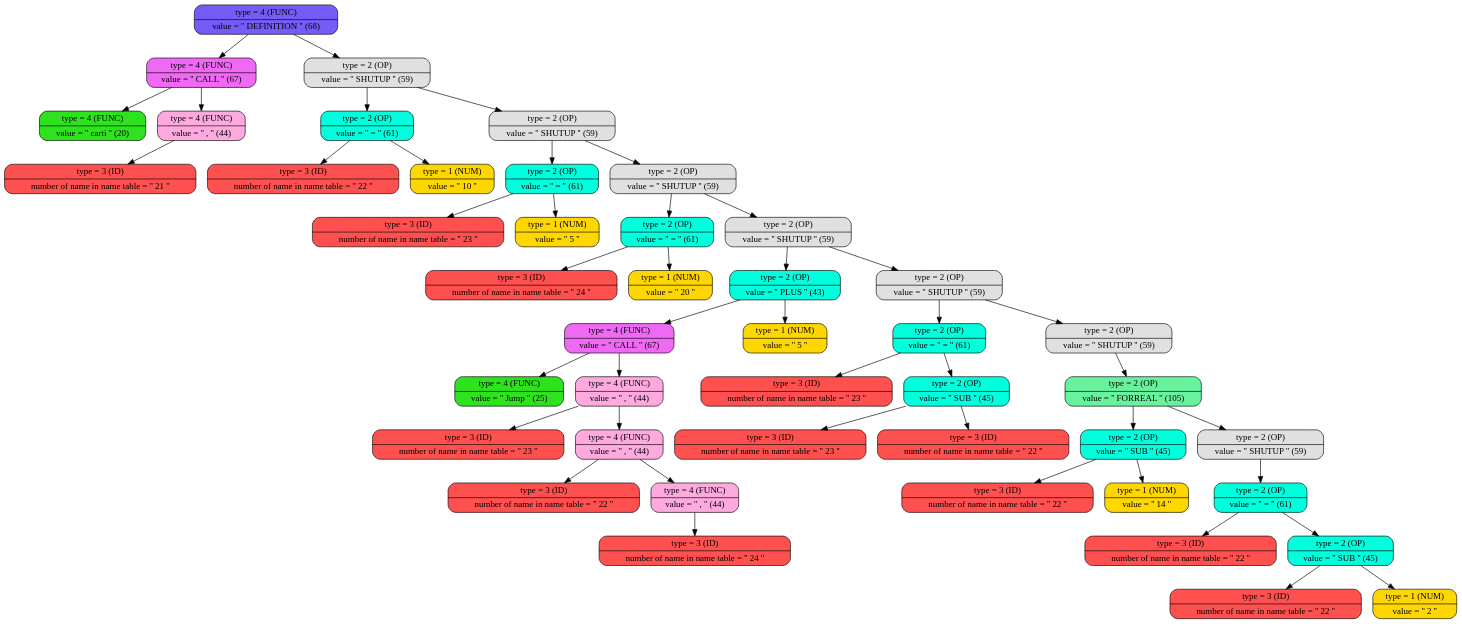
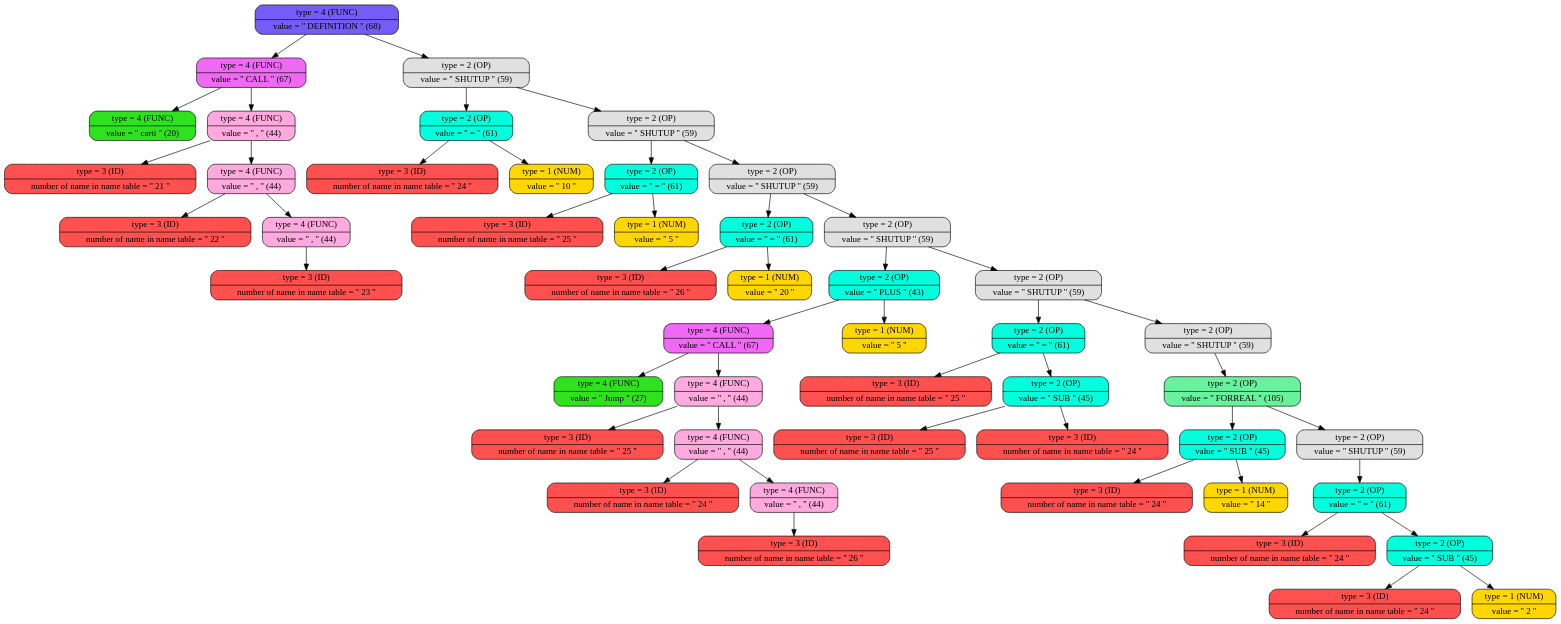
The diagram in build/graph_tree.dot (daniilgriga/MyProgrammingLanguage), drawn with Graphviz before and after one commit. The commit also changed 23 other files, not shown here.

```diff
--- a/build/graph_tree.dot
+++ b/build/graph_tree.dot
@@ -1,94 +1,102 @@
 digraph
 {
 bgcolor="transparent"
-node0x503000000880 [shape=Mrecord; label = " { type = 4 (FUNC) | value = '' DEFINITION ''  (68) }"; style = filled; fillcolor = "#755CF7"];
-node0x503000000880 -> node0x5030000000d0;
-node0x503000000880 -> node0x503000000190;
-node0x5030000000d0 [shape=Mrecord; label = " { type = 4 (FUNC) | value = '' CALL ''  (67) }"; style = filled; fillcolor = "#F069F5"];
-node0x5030000000d0 -> node0x503000000040;
-node0x5030000000d0 -> node0x5030000000a0;
+node0x503000000940 [shape=Mrecord; label = " { type = 4 (FUNC) | value = '' DEFINITION ''  (68) }"; style = filled; fillcolor = "#755CF7"];
+node0x503000000940 -> node0x503000000190;
+node0x503000000940 -> node0x503000000250;
+node0x503000000190 [shape=Mrecord; label = " { type = 4 (FUNC) | value = '' CALL ''  (67) }"; style = filled; fillcolor = "#F069F5"];
+node0x503000000190 -> node0x503000000040;
+node0x503000000190 -> node0x5030000000a0;
 node0x503000000040 [shape=Mrecord; label = " { type = 4 (FUNC) | value = '' carti ''  (20) }"; style = filled; fillcolor = "#2EE31E"];
 node0x5030000000a0 [shape=Mrecord; label = " { type = 4 (FUNC) | value = '' , ''  (44) }"; style = filled; fillcolor = "#FEAADF"];
 node0x5030000000a0 -> node0x503000000070;
+node0x5030000000a0 -> node0x503000000100;
 node0x503000000070 [shape=Mrecord; label = " { type = 3 (ID)   | number of name in name table = '' 21 '' }"; style = filled; fillcolor = "#FF5050"];
-node0x503000000190 [shape=Mrecord; label = " { type = 2 (OP)   | value = '' SHUTUP ''  (59) }"; style = filled; fillcolor = "#E0E0E0"];
-node0x503000000190 -> node0x503000000160;
-node0x503000000190 -> node0x503000000250;
-node0x503000000160 [shape=Mrecord; label = " { type = 2 (OP)   | value = '' = ''  (61) }"; style = filled; fillcolor = "#00FFDD"];
-node0x503000000160 -> node0x503000000100;
+node0x503000000100 [shape=Mrecord; label = " { type = 4 (FUNC) | value = '' , ''  (44) }"; style = filled; fillcolor = "#FEAADF"];
+node0x503000000100 -> node0x5030000000d0;
+node0x503000000100 -> node0x503000000160;
+node0x5030000000d0 [shape=Mrecord; label = " { type = 3 (ID)   | number of name in name table = '' 22 '' }"; style = filled; fillcolor = "#FF5050"];
+node0x503000000160 [shape=Mrecord; label = " { type = 4 (FUNC) | value = '' , ''  (44) }"; style = filled; fillcolor = "#FEAADF"];
 node0x503000000160 -> node0x503000000130;
-node0x503000000100 [shape=Mrecord; label = " { type = 3 (ID)   | number of name in name table = '' 22 '' }"; style = filled; fillcolor = "#FF5050"];
-node0x503000000130 [shape=Mrecord; label = " { type = 1 (NUM)  | value = '' 10 '' }"; style = filled; fillcolor = "#FFD700"];
+node0x503000000130 [shape=Mrecord; label = " { type = 3 (ID)   | number of name in name table = '' 23 '' }"; style = filled; fillcolor = "#FF5050"];
 node0x503000000250 [shape=Mrecord; label = " { type = 2 (OP)   | value = '' SHUTUP ''  (59) }"; style = filled; fillcolor = "#E0E0E0"];
 node0x503000000250 -> node0x503000000220;
 node0x503000000250 -> node0x503000000310;
 node0x503000000220 [shape=Mrecord; label = " { type = 2 (OP)   | value = '' = ''  (61) }"; style = filled; fillcolor = "#00FFDD"];
 node0x503000000220 -> node0x5030000001c0;
 node0x503000000220 -> node0x5030000001f0;
-node0x5030000001c0 [shape=Mrecord; label = " { type = 3 (ID)   | number of name in name table = '' 23 '' }"; style = filled; fillcolor = "#FF5050"];
-node0x5030000001f0 [shape=Mrecord; label = " { type = 1 (NUM)  | value = '' 5 '' }"; style = filled; fillcolor = "#FFD700"];
+node0x5030000001c0 [shape=Mrecord; label = " { type = 3 (ID)   | number of name in name table = '' 24 '' }"; style = filled; fillcolor = "#FF5050"];
+node0x5030000001f0 [shape=Mrecord; label = " { type = 1 (NUM)  | value = '' 10 '' }"; style = filled; fillcolor = "#FFD700"];
 node0x503000000310 [shape=Mrecord; label = " { type = 2 (OP)   | value = '' SHUTUP ''  (59) }"; style = filled; fillcolor = "#E0E0E0"];
 node0x503000000310 -> node0x5030000002e0;
-node0x503000000310 -> node0x503000000520;
+node0x503000000310 -> node0x5030000003d0;
 node0x5030000002e0 [shape=Mrecord; label = " { type = 2 (OP)   | value = '' = ''  (61) }"; style = filled; fillcolor = "#00FFDD"];
 node0x5030000002e0 -> node0x503000000280;
 node0x5030000002e0 -> node0x5030000002b0;
-node0x503000000280 [shape=Mrecord; label = " { type = 3 (ID)   | number of name in name table = '' 24 '' }"; style = filled; fillcolor = "#FF5050"];
-node0x5030000002b0 [shape=Mrecord; label = " { type = 1 (NUM)  | value = '' 20 '' }"; style = filled; fillcolor = "#FFD700"];
-node0x503000000520 [shape=Mrecord; label = " { type = 2 (OP)   | value = '' SHUTUP ''  (59) }"; style = filled; fillcolor = "#E0E0E0"];
-node0x503000000520 -> node0x5030000004f0;
-node0x503000000520 -> node0x503000000640;
-node0x5030000004f0 [shape=Mrecord; label = " { type = 2 (OP)   | value = '' PLUS ''  (43) }"; style = filled; fillcolor = "#00FFDD"];
-node0x5030000004f0 -> node0x503000000490;
-node0x5030000004f0 -> node0x5030000004c0;
-node0x503000000490 [shape=Mrecord; label = " { type = 4 (FUNC) | value = '' CALL ''  (67) }"; style = filled; fillcolor = "#F069F5"];
-node0x503000000490 -> node0x503000000340;
-node0x503000000490 -> node0x5030000003a0;
-node0x503000000340 [shape=Mrecord; label = " { type = 4 (FUNC) | value = '' Jump ''  (25) }"; style = filled; fillcolor = "#2EE31E"];
-node0x5030000003a0 [shape=Mrecord; label = " { type = 4 (FUNC) | value = '' , ''  (44) }"; style = filled; fillcolor = "#FEAADF"];
+node0x503000000280 [shape=Mrecord; label = " { type = 3 (ID)   | number of name in name table = '' 25 '' }"; style = filled; fillcolor = "#FF5050"];
+node0x5030000002b0 [shape=Mrecord; label = " { type = 1 (NUM)  | value = '' 5 '' }"; style = filled; fillcolor = "#FFD700"];
+node0x5030000003d0 [shape=Mrecord; label = " { type = 2 (OP)   | value = '' SHUTUP ''  (59) }"; style = filled; fillcolor = "#E0E0E0"];
+node0x5030000003d0 -> node0x5030000003a0;
+node0x5030000003d0 -> node0x5030000005e0;
+node0x5030000003a0 [shape=Mrecord; label = " { type = 2 (OP)   | value = '' = ''  (61) }"; style = filled; fillcolor = "#00FFDD"];
+node0x5030000003a0 -> node0x503000000340;
 node0x5030000003a0 -> node0x503000000370;
-node0x5030000003a0 -> node0x503000000400;
-node0x503000000370 [shape=Mrecord; label = " { type = 3 (ID)   | number of name in name table = '' 23 '' }"; style = filled; fillcolor = "#FF5050"];
-node0x503000000400 [shape=Mrecord; label = " { type = 4 (FUNC) | value = '' , ''  (44) }"; style = filled; fillcolor = "#FEAADF"];
-node0x503000000400 -> node0x5030000003d0;
-node0x503000000400 -> node0x503000000460;
-node0x5030000003d0 [shape=Mrecord; label = " { type = 3 (ID)   | number of name in name table = '' 22 '' }"; style = filled; fillcolor = "#FF5050"];
+node0x503000000340 [shape=Mrecord; label = " { type = 3 (ID)   | number of name in name table = '' 26 '' }"; style = filled; fillcolor = "#FF5050"];
+node0x503000000370 [shape=Mrecord; label = " { type = 1 (NUM)  | value = '' 20 '' }"; style = filled; fillcolor = "#FFD700"];
+node0x5030000005e0 [shape=Mrecord; label = " { type = 2 (OP)   | value = '' SHUTUP ''  (59) }"; style = filled; fillcolor = "#E0E0E0"];
+node0x5030000005e0 -> node0x5030000005b0;
+node0x5030000005e0 -> node0x503000000700;
+node0x5030000005b0 [shape=Mrecord; label = " { type = 2 (OP)   | value = '' PLUS ''  (43) }"; style = filled; fillcolor = "#00FFDD"];
+node0x5030000005b0 -> node0x503000000550;
+node0x5030000005b0 -> node0x503000000580;
+node0x503000000550 [shape=Mrecord; label = " { type = 4 (FUNC) | value = '' CALL ''  (67) }"; style = filled; fillcolor = "#F069F5"];
+node0x503000000550 -> node0x503000000400;
+node0x503000000550 -> node0x503000000460;
+node0x503000000400 [shape=Mrecord; label = " { type = 4 (FUNC) | value = '' Jump ''  (27) }"; style = filled; fillcolor = "#2EE31E"];
 node0x503000000460 [shape=Mrecord; label = " { type = 4 (FUNC) | value = '' , ''  (44) }"; style = filled; fillcolor = "#FEAADF"];
 node0x503000000460 -> node0x503000000430;
-node0x503000000430 [shape=Mrecord; label = " { type = 3 (ID)   | number of name in name table = '' 24 '' }"; style = filled; fillcolor = "#FF5050"];
-node0x5030000004c0 [shape=Mrecord; label = " { type = 1 (NUM)  | value = '' 5 '' }"; style = filled; fillcolor = "#FFD700"];
-node0x503000000640 [shape=Mrecord; label = " { type = 2 (OP)   | value = '' SHUTUP ''  (59) }"; style = filled; fillcolor = "#E0E0E0"];
-node0x503000000640 -> node0x503000000610;
-node0x503000000640 -> node0x503000000850;
-node0x503000000610 [shape=Mrecord; label = " { type = 2 (OP)   | value = '' = ''  (61) }"; style = filled; fillcolor = "#00FFDD"];
-node0x503000000610 -> node0x503000000550;
-node0x503000000610 -> node0x5030000005e0;
-node0x503000000550 [shape=Mrecord; label = " { type = 3 (ID)   | number of name in name table = '' 23 '' }"; style = filled; fillcolor = "#FF5050"];
-node0x5030000005e0 [shape=Mrecord; label = " { type = 2 (OP)   | value = '' SUB ''  (45) }"; style = filled; fillcolor = "#00FFDD"];
-node0x5030000005e0 -> node0x503000000580;
-node0x5030000005e0 -> node0x5030000005b0;
-node0x503000000580 [shape=Mrecord; label = " { type = 3 (ID)   | number of name in name table = '' 23 '' }"; style = filled; fillcolor = "#FF5050"];
-node0x5030000005b0 [shape=Mrecord; label = " { type = 3 (ID)   | number of name in name table = '' 22 '' }"; style = filled; fillcolor = "#FF5050"];
-node0x503000000850 [shape=Mrecord; label = " { type = 2 (OP)   | value = '' SHUTUP ''  (59) }"; style = filled; fillcolor = "#E0E0E0"];
-node0x503000000850 -> node0x503000000820;
-node0x503000000820 [shape=Mrecord; label = " { type = 2 (OP)   | value = '' FORREAL ''  (105) }"; style = filled; fillcolor = "#68F29D"];
-node0x503000000820 -> node0x5030000006d0;
-node0x503000000820 -> node0x5030000007f0;
-node0x5030000006d0 [shape=Mrecord; label = " { type = 2 (OP)   | value = '' SUB ''  (45) }"; style = filled; fillcolor = "#00FFDD"];
-node0x5030000006d0 -> node0x503000000670;
+node0x503000000460 -> node0x5030000004c0;
+node0x503000000430 [shape=Mrecord; label = " { type = 3 (ID)   | number of name in name table = '' 25 '' }"; style = filled; fillcolor = "#FF5050"];
+node0x5030000004c0 [shape=Mrecord; label = " { type = 4 (FUNC) | value = '' , ''  (44) }"; style = filled; fillcolor = "#FEAADF"];
+node0x5030000004c0 -> node0x503000000490;
+node0x5030000004c0 -> node0x503000000520;
+node0x503000000490 [shape=Mrecord; label = " { type = 3 (ID)   | number of name in name table = '' 24 '' }"; style = filled; fillcolor = "#FF5050"];
+node0x503000000520 [shape=Mrecord; label = " { type = 4 (FUNC) | value = '' , ''  (44) }"; style = filled; fillcolor = "#FEAADF"];
+node0x503000000520 -> node0x5030000004f0;
+node0x5030000004f0 [shape=Mrecord; label = " { type = 3 (ID)   | number of name in name table = '' 26 '' }"; style = filled; fillcolor = "#FF5050"];
+node0x503000000580 [shape=Mrecord; label = " { type = 1 (NUM)  | value = '' 5 '' }"; style = filled; fillcolor = "#FFD700"];
+node0x503000000700 [shape=Mrecord; label = " { type = 2 (OP)   | value = '' SHUTUP ''  (59) }"; style = filled; fillcolor = "#E0E0E0"];
+node0x503000000700 -> node0x5030000006d0;
+node0x503000000700 -> node0x503000000910;
+node0x5030000006d0 [shape=Mrecord; label = " { type = 2 (OP)   | value = '' = ''  (61) }"; style = filled; fillcolor = "#00FFDD"];
+node0x5030000006d0 -> node0x503000000610;
 node0x5030000006d0 -> node0x5030000006a0;
-node0x503000000670 [shape=Mrecord; label = " { type = 3 (ID)   | number of name in name table = '' 22 '' }"; style = filled; fillcolor = "#FF5050"];
-node0x5030000006a0 [shape=Mrecord; label = " { type = 1 (NUM)  | value = '' 14 '' }"; style = filled; fillcolor = "#FFD700"];
-node0x5030000007f0 [shape=Mrecord; label = " { type = 2 (OP)   | value = '' SHUTUP ''  (59) }"; style = filled; fillcolor = "#E0E0E0"];
-node0x5030000007f0 -> node0x5030000007c0;
-node0x5030000007c0 [shape=Mrecord; label = " { type = 2 (OP)   | value = '' = ''  (61) }"; style = filled; fillcolor = "#00FFDD"];
-node0x5030000007c0 -> node0x503000000700;
-node0x5030000007c0 -> node0x503000000790;
-node0x503000000700 [shape=Mrecord; label = " { type = 3 (ID)   | number of name in name table = '' 22 '' }"; style = filled; fillcolor = "#FF5050"];
+node0x503000000610 [shape=Mrecord; label = " { type = 3 (ID)   | number of name in name table = '' 25 '' }"; style = filled; fillcolor = "#FF5050"];
+node0x5030000006a0 [shape=Mrecord; label = " { type = 2 (OP)   | value = '' SUB ''  (45) }"; style = filled; fillcolor = "#00FFDD"];
+node0x5030000006a0 -> node0x503000000640;
+node0x5030000006a0 -> node0x503000000670;
+node0x503000000640 [shape=Mrecord; label = " { type = 3 (ID)   | number of name in name table = '' 25 '' }"; style = filled; fillcolor = "#FF5050"];
+node0x503000000670 [shape=Mrecord; label = " { type = 3 (ID)   | number of name in name table = '' 24 '' }"; style = filled; fillcolor = "#FF5050"];
+node0x503000000910 [shape=Mrecord; label = " { type = 2 (OP)   | value = '' SHUTUP ''  (59) }"; style = filled; fillcolor = "#E0E0E0"];
+node0x503000000910 -> node0x5030000008e0;
+node0x5030000008e0 [shape=Mrecord; label = " { type = 2 (OP)   | value = '' FORREAL ''  (105) }"; style = filled; fillcolor = "#68F29D"];
+node0x5030000008e0 -> node0x503000000790;
+node0x5030000008e0 -> node0x5030000008b0;
 node0x503000000790 [shape=Mrecord; label = " { type = 2 (OP)   | value = '' SUB ''  (45) }"; style = filled; fillcolor = "#00FFDD"];
 node0x503000000790 -> node0x503000000730;
 node0x503000000790 -> node0x503000000760;
-node0x503000000730 [shape=Mrecord; label = " { type = 3 (ID)   | number of name in name table = '' 22 '' }"; style = filled; fillcolor = "#FF5050"];
-node0x503000000760 [shape=Mrecord; label = " { type = 1 (NUM)  | value = '' 2 '' }"; style = filled; fillcolor = "#FFD700"];
+node0x503000000730 [shape=Mrecord; label = " { type = 3 (ID)   | number of name in name table = '' 24 '' }"; style = filled; fillcolor = "#FF5050"];
+node0x503000000760 [shape=Mrecord; label = " { type = 1 (NUM)  | value = '' 14 '' }"; style = filled; fillcolor = "#FFD700"];
+node0x5030000008b0 [shape=Mrecord; label = " { type = 2 (OP)   | value = '' SHUTUP ''  (59) }"; style = filled; fillcolor = "#E0E0E0"];
+node0x5030000008b0 -> node0x503000000880;
+node0x503000000880 [shape=Mrecord; label = " { type = 2 (OP)   | value = '' = ''  (61) }"; style = filled; fillcolor = "#00FFDD"];
+node0x503000000880 -> node0x5030000007c0;
+node0x503000000880 -> node0x503000000850;
+node0x5030000007c0 [shape=Mrecord; label = " { type = 3 (ID)   | number of name in name table = '' 24 '' }"; style = filled; fillcolor = "#FF5050"];
+node0x503000000850 [shape=Mrecord; label = " { type = 2 (OP)   | value = '' SUB ''  (45) }"; style = filled; fillcolor = "#00FFDD"];
+node0x503000000850 -> node0x5030000007f0;
+node0x503000000850 -> node0x503000000820;
+node0x5030000007f0 [shape=Mrecord; label = " { type = 3 (ID)   | number of name in name table = '' 24 '' }"; style = filled; fillcolor = "#FF5050"];
+node0x503000000820 [shape=Mrecord; label = " { type = 1 (NUM)  | value = '' 2 '' }"; style = filled; fillcolor = "#FFD700"];
 
 }
```
